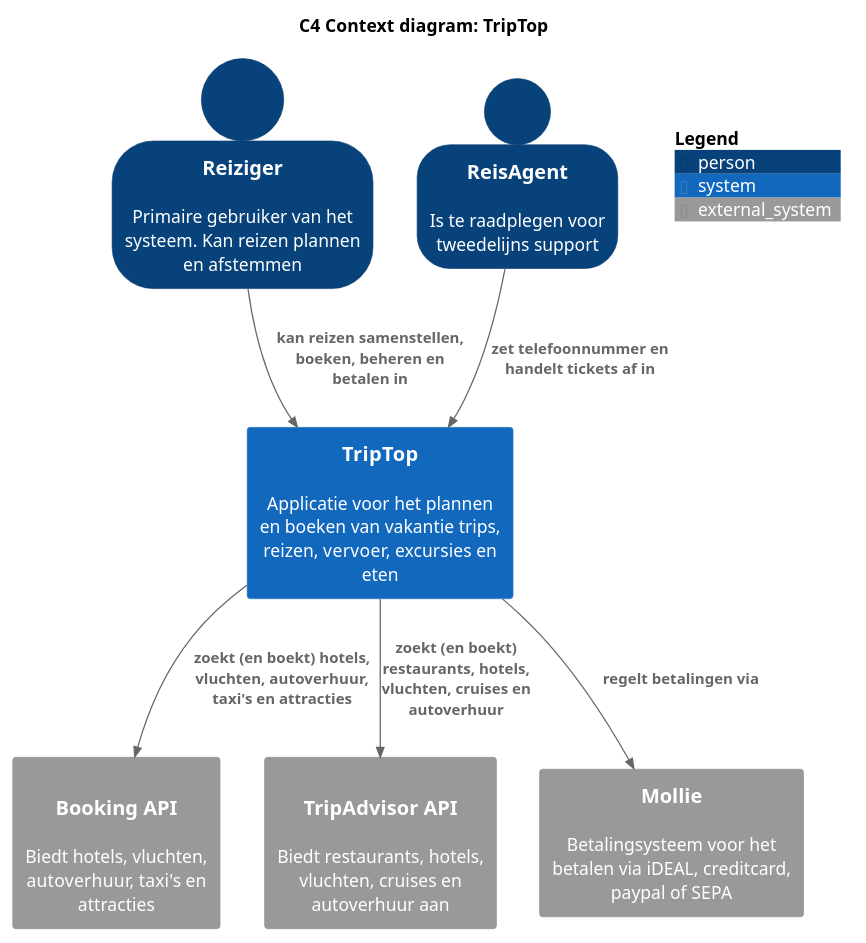
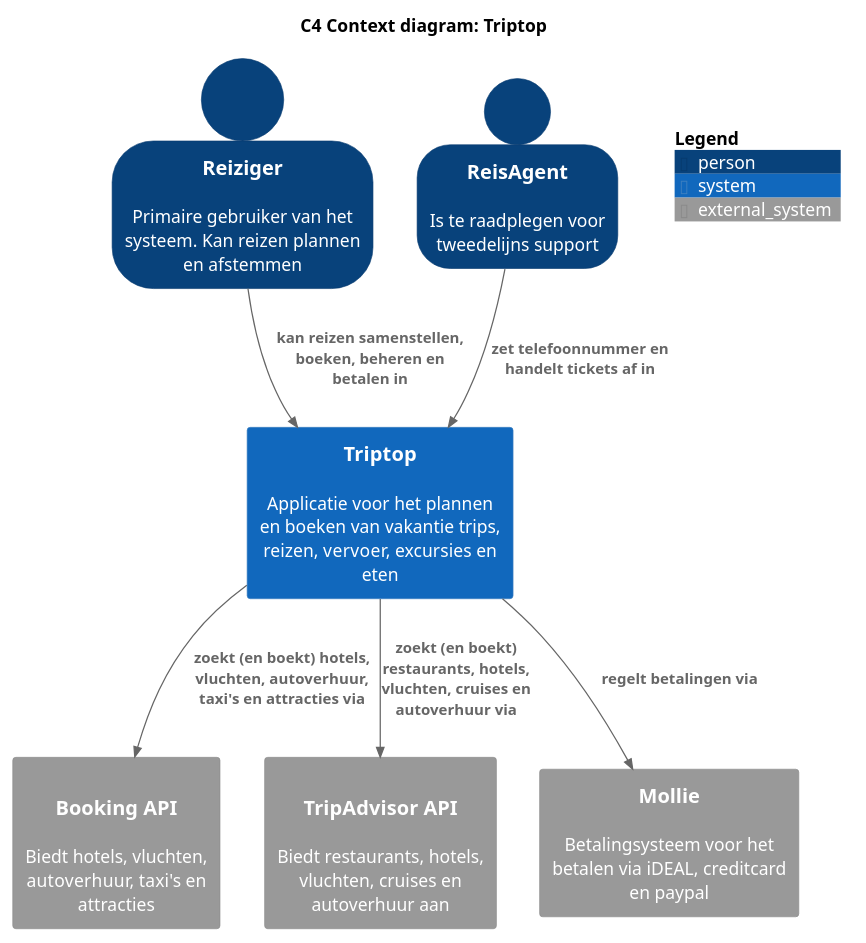
One commit to AIM-ENE-feb25/triptop-groep-4-jochem-roald-stijn-a changed the diagram in software-guidebook/sgb-bestanden/context-diagram.puml. Above: the diagram before and after it, drawn with PlantUML. The commit also changed 11 other files, not shown here.

```diff
--- a/software-guidebook/sgb-bestanden/context-diagram.puml
+++ b/software-guidebook/sgb-bestanden/context-diagram.puml
@@ -1,39 +1,39 @@
 @startuml
-title C4 Context diagram: TripTop
+title C4 Context diagram: Triptop
 !include <C4/C4_Context.puml>
 
 top to bottom direction
 
 SHOW_PERSON_OUTLINE()
 
 Person(reiziger, "Reiziger", "Primaire gebruiker van het systeem. Kan reizen plannen en afstemmen")
 Person(reisagent, "ReisAgent", "Is te raadplegen voor tweedelijns support")
 
-System(triptop, "TripTop", "Applicatie voor het plannen en boeken van vakantie trips, reizen, vervoer, excursies en eten")
+System(triptop, "Triptop", "Applicatie voor het plannen en boeken van vakantie trips, reizen, vervoer, excursies en eten")
 
 'System_Ext(overnachting, "Overnachting API", "Biedt overnachtingen aan van bijv. Booking.com, Airbnb, eigen beheer")
 'System_Ext(vervoer, "Vervoer tussen overnachtingen API", "Biedt vervoer tussen overnachtingen aan van bijv. treinen via NS of Deutsche Bahn, vliegtuig via KLM")
 'System_Ext(reis, "Heen en terugreis API", "Biedt heen en terugreis aan van bijv. eigen vervoer, KLM shuttle, trein")
 'System_Ext(autohuur, "Autohuur API", "Biedt autoverhuur aan van bijv. huurauto via Sixt, Hertz")
 'System_Ext(activiteiten, "Excursies / activiteiten API", "Biedt excursies en activiteiten aan van bijv. via GetYourGuide, Tripadvisor")
 'System_Ext(eten, "Eten en drinken API", "Biedt restaurants en winkels voor eten en drinken aan van bijv. via Takeaway, Eet.nu")
 System_Ext(booking, "Booking API", "Biedt hotels, vluchten, autoverhuur, taxi's en attracties", "REST")
 System_Ext(tripadvisor, "TripAdvisor API", "Biedt restaurants, hotels, vluchten, cruises en autoverhuur aan", "REST")
-System_Ext(mollie, "Mollie", "Betalingsysteem voor het betalen via iDEAL, creditcard, paypal of SEPA")
+System_Ext(mollie, "Mollie", "Betalingsysteem voor het betalen via iDEAL, creditcard en paypal")
 
 Rel(reiziger, triptop, "kan reizen samenstellen, boeken, beheren en betalen in")
 Rel(reisagent, triptop, "zet telefoonnummer en handelt tickets af in")
 
 'Rel(triptop, overnachting, "Zoekt (en boekt) overnachtingen via")
 'Rel(triptop, vervoer, "Zoekt (en boekt) vervoer tussen overnachtingen via")
 'Rel(triptop, reis, "Zoekt (en boekt) heen en terugreis via")
 'Rel(triptop, autohuur, "Zoekt (en boekt) autohuur via")
 'Rel(triptop, activiteiten, "Zoekt (en boekt) excursies / activiteiten via")
 'Rel(triptop, eten, "Zoekt (en boekt) beschikbare plekken voor eten en drinken via")
-Rel(triptop, booking, "zoekt (en boekt) hotels, vluchten, autoverhuur, taxi's en attracties")
-Rel(triptop, tripadvisor, "zoekt (en boekt) restaurants, hotels, vluchten, cruises en autoverhuur")
+Rel(triptop, booking, "zoekt (en boekt) hotels, vluchten, autoverhuur, taxi's en attracties via")
+Rel(triptop, tripadvisor, "zoekt (en boekt) restaurants, hotels, vluchten, cruises en autoverhuur via")
 Rel(triptop, mollie, "regelt betalingen via")
 
 SHOW_FLOATING_LEGEND()
 
 @enduml
```
